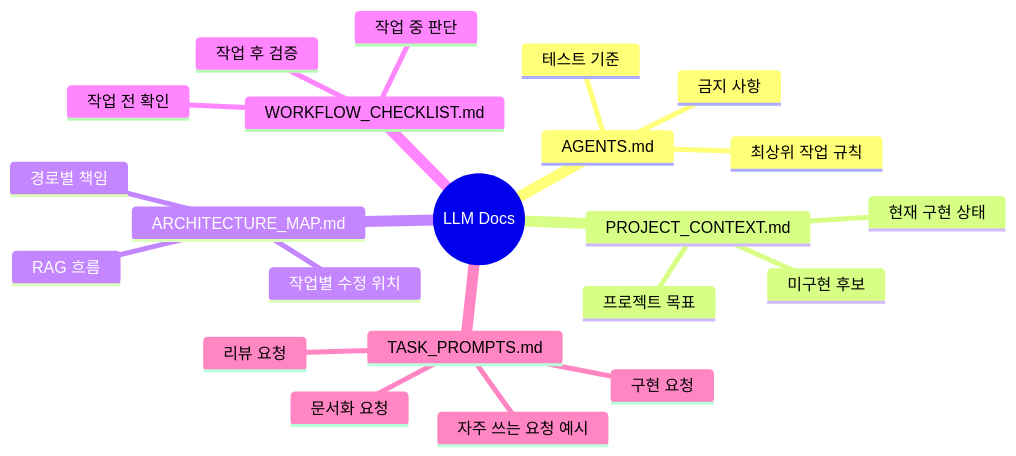
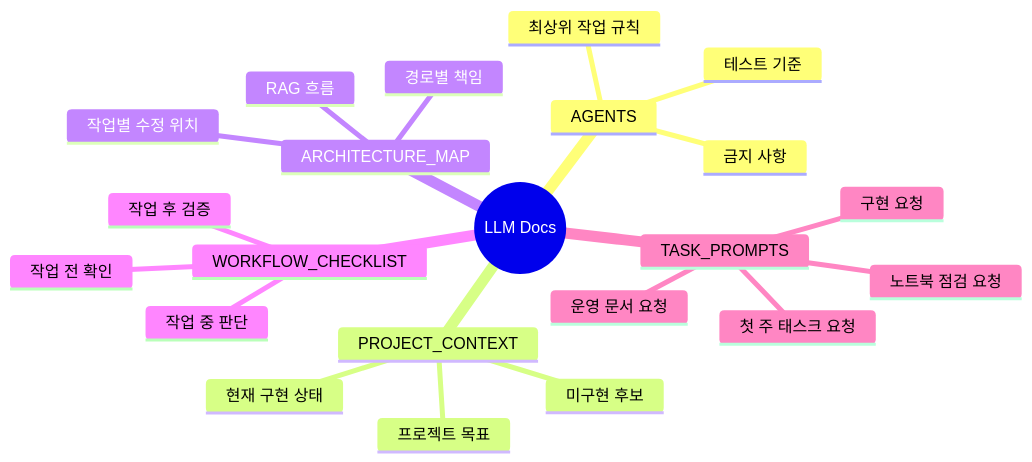
The diagram in docs/llm/README.md (Codeit-Part3-6Team/Codeit-Part3-6Team-Project), drawn with Mermaid before and after one commit. The commit also changed other lines of this file and 16 other files, not shown here.

````diff
--- a/docs/llm/README.md
+++ b/docs/llm/README.md
@@ -7,25 +7,25 @@
 ```mermaid
 mindmap
   root((LLM Docs))
-    AGENTS.md
+    AGENTS
       최상위 작업 규칙
       테스트 기준
       금지 사항
-    PROJECT_CONTEXT.md
+    PROJECT_CONTEXT
       프로젝트 목표
       현재 구현 상태
       미구현 후보
-    ARCHITECTURE_MAP.md
+    ARCHITECTURE_MAP
       경로별 책임
       작업별 수정 위치
       RAG 흐름
-    WORKFLOW_CHECKLIST.md
+    WORKFLOW_CHECKLIST
       작업 전 확인
       작업 중 판단
       작업 후 검증
-    TASK_PROMPTS.md
-      자주 쓰는 요청 예시
+    TASK_PROMPTS
       구현 요청
-      리뷰 요청
-      문서화 요청
+      운영 문서 요청
+      첫 주 태스크 요청
+      노트북 점검 요청
 ```
````
